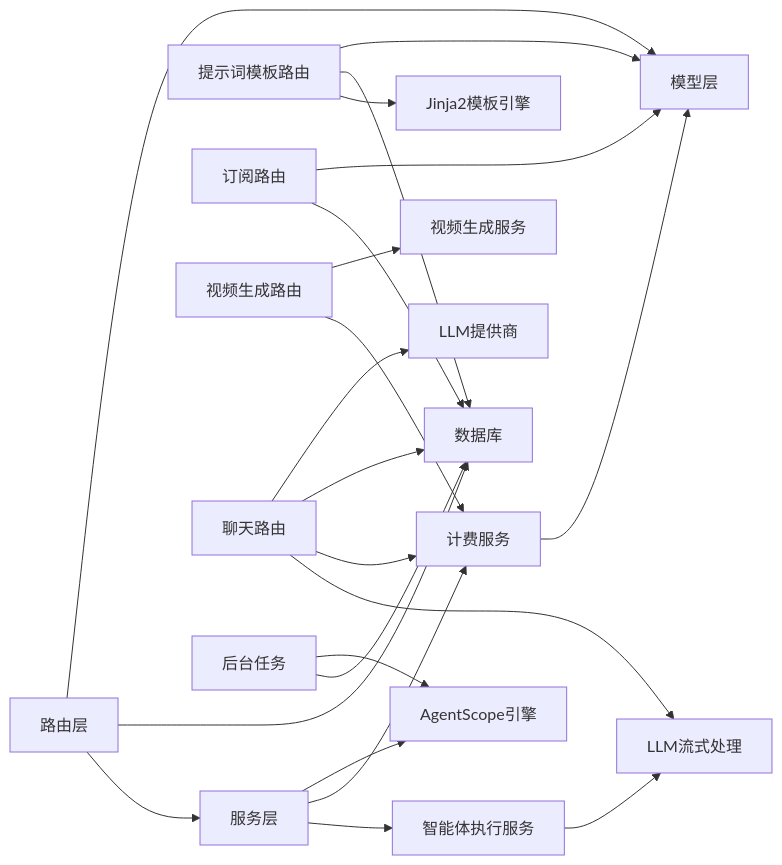
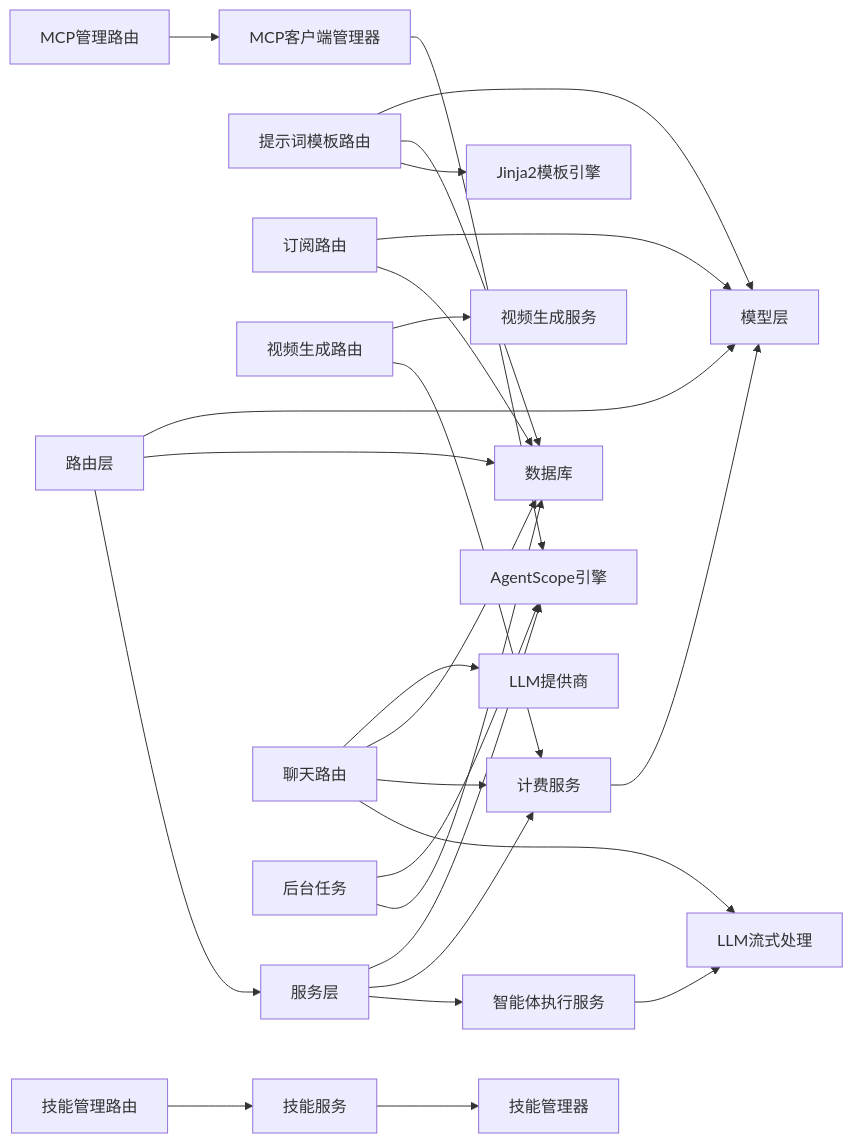
One commit to KunLabAI/KunFlix changed diagram 22 of 22 in .qoder/repowiki/zh/content/后端开发指南/API路由系统/智能体管理API.md. Above: the diagram before and after it, drawn with Mermaid. The commit also changed other lines of this file and 43 other files, not shown here.

````diff
--- a/.qoder/repowiki/zh/content/后端开发指南/API路由系统/智能体管理API.md
+++ b/.qoder/repowiki/zh/content/后端开发指南/API路由系统/智能体管理API.md
@@ -1197,24 +1476,28 @@
 ```mermaid
 graph LR
 ROUTERS["路由层"] --> MODELS["模型层"]
 ROUTERS --> DB["数据库"]
 ROUTERS --> SERVICES["服务层"]
 SERVICES --> AGENTS["AgentScope引擎"]
 SERVICES --> BILLING["计费服务"]
 SERVICES --> AGENT_EXEC["智能体执行服务"]
 AGENT_EXEC --> LLM_STREAM["LLM流式处理"]
 PROMPT_TEMPLATES["提示词模板路由"] --> MODELS
 PROMPT_TEMPLATES --> DB
 PROMPT_TEMPLATES --> TEMPLATES["Jinja2模板引擎"]
 SUBSCRIPTIONS["订阅路由"] --> MODELS
 SUBSCRIPTIONS --> DB
 VIDEOS["视频生成路由"] --> VIDEO_GEN["视频生成服务"]
 VIDEOS --> BILLING
+SKILLS_API["技能管理路由"] --> SKILLS_SVC["技能服务"]
+SKILLS_SVC --> SKILLS_MGR["技能管理器"]
+MCP_API["MCP管理路由"] --> MCP_MGR["MCP客户端管理器"]
+MCP_MGR --> AGENTS
 CHATS["聊天路由"] --> PROVIDERS["LLM提供商"]
 CHATS --> DB
 CHATS --> BILLING
 CHATS --> LLM_STREAM
 BILLING --> MODELS
 TASKS["后台任务"] --> AGENTS
 TASKS --> DB
 ```
````
